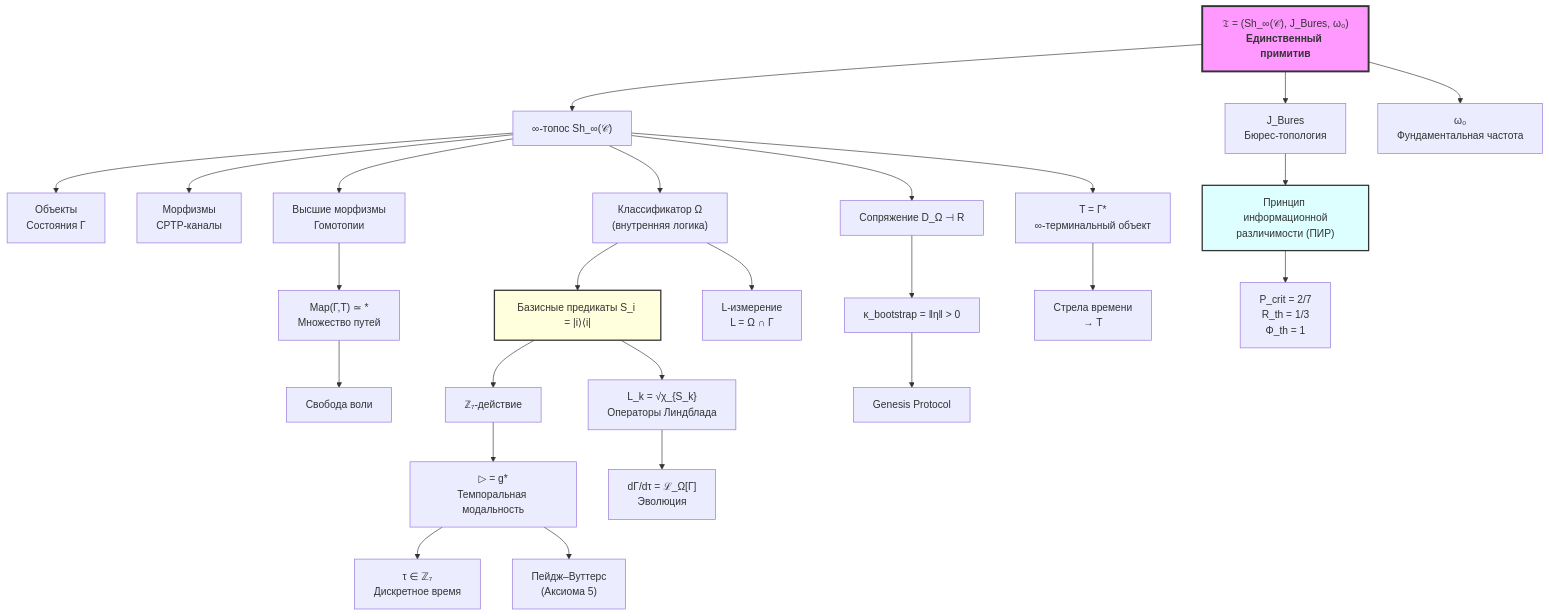
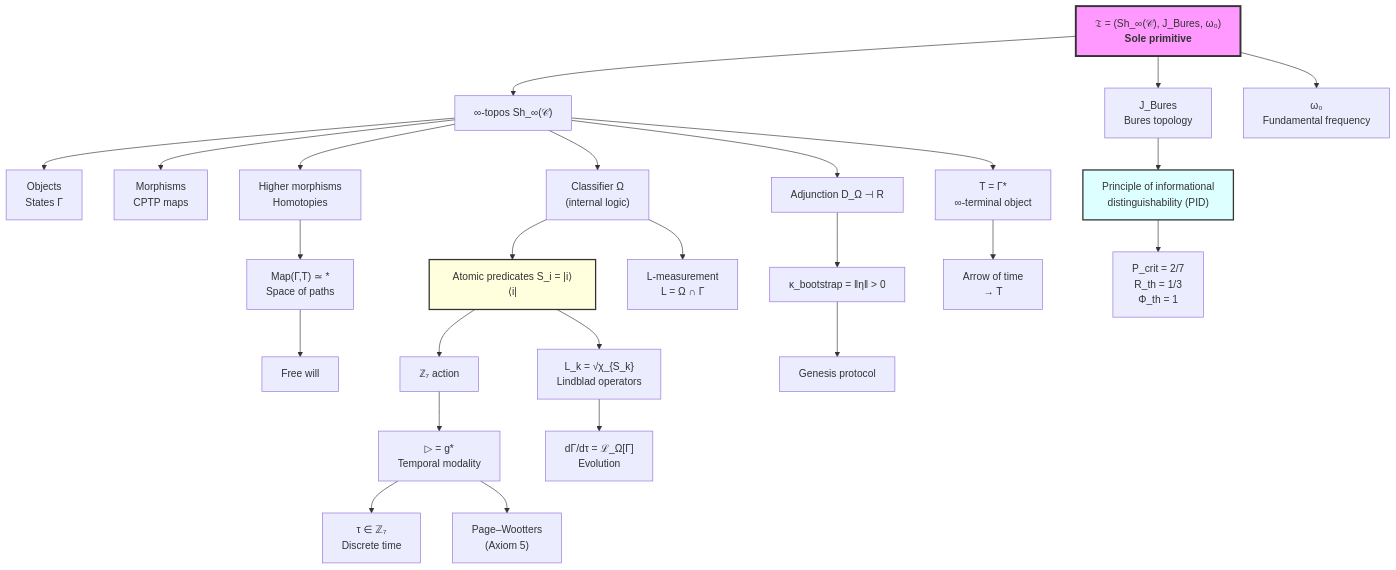
Before and after one commit to gst-st/uhm: the second of 2 diagrams in website/docs/core/foundations/axiom-omega.md, drawn with Mermaid. The commit also changed other lines of this file and 3 other files, not shown here.

````diff
--- a/website/docs/core/foundations/axiom-omega.md
+++ b/website/docs/core/foundations/axiom-omega.md
@@ -1323,40 +1321,40 @@
 ```mermaid
 graph TD
-    Prim["𝔗 = (Sh_∞(𝒞), J_Bures, ω₀)<br/><b>Единственный примитив</b>"] --> T["∞-топос Sh_∞(𝒞)"]
-    Prim --> Bures["J_Bures<br/>Бюрес-топология"]
-    Prim --> Omega0["ω₀<br/>Фундаментальная частота"]
+    Prim["𝔗 = (Sh_∞(𝒞), J_Bures, ω₀)<br/><b>Sole primitive</b>"] --> T["∞-topos Sh_∞(𝒞)"]
+    Prim --> Bures["J_Bures<br/>Bures topology"]
+    Prim --> Omega0["ω₀<br/>Fundamental frequency"]
 
-    T --> Ob["Объекты<br/>Состояния Γ"]
-    T --> Mor["Морфизмы<br/>CPTP-каналы"]
-    T --> Higher["Высшие морфизмы<br/>Гомотопии"]
-    T --> Omega["Классификатор Ω<br/>(внутренняя логика)"]
+    T --> Ob["Objects<br/>States Γ"]
+    T --> Mor["Morphisms<br/>CPTP maps"]
+    T --> Higher["Higher morphisms<br/>Homotopies"]
+    T --> Omega["Classifier Ω<br/>(internal logic)"]
 
-    Omega --> Atoms["Базисные предикаты S_i = |i⟩⟨i|"]
-    Atoms --> Z7["ℤ₇-действие"]
-    Z7 --> Modal["▷ = g*<br/>Темпоральная модальность"]
+    Omega --> Atoms["Atomic predicates S_i = |i⟩⟨i|"]
+    Atoms --> Z7["ℤ₇ action"]
+    Z7 --> Modal["▷ = g*<br/>Temporal modality"]
 
-    Omega --> L["L-измерение<br/>L = Ω ∩ Γ"]
-    Atoms --> Lk["L_k = √χ_{S_k}<br/>Операторы Линдблада"]
+    Omega --> L["L-measurement<br/>L = Ω ∩ Γ"]
+    Atoms --> Lk["L_k = √χ_{S_k}<br/>Lindblad operators"]
 
-    T --> Adj["Сопряжение D_Ω ⊣ R"]
+    T --> Adj["Adjunction D_Ω ⊣ R"]
     Adj --> Kboot["κ_bootstrap = ‖η‖ > 0"]
 
-    Bures --> PIR["Принцип информационной<br/>различимости (ПИР)"]
+    Bures --> PIR["Principle of informational<br/>distinguishability (PID)"]
     PIR --> Thresholds["P_crit = 2/7<br/>R_th = 1/3<br/>Φ_th = 1"]
 
-    Modal --> tau["τ ∈ ℤ₇<br/>Дискретное время"]
-    Modal --> PW["Пейдж–Вуттерс<br/>(Аксиома 5)"]
+    Modal --> tau["τ ∈ ℤ₇<br/>Discrete time"]
+    Modal --> PW["Page–Wootters<br/>(Axiom 5)"]
 
-    Lk --> Evol["dΓ/dτ = ℒ_Ω[Γ]<br/>Эволюция"]
+    Lk --> Evol["dΓ/dτ = ℒ_Ω[Γ]<br/>Evolution"]
 
-    T --> Term["T = Γ*<br/>∞-терминальный объект"]
-    Term --> Arrow["Стрела времени<br/>→ T"]
-    Higher --> Freedom["Map(Γ,T) ≃ *<br/>Множество путей"]
-    Freedom --> Will["Свобода воли"]
+    T --> Term["T = Γ*<br/>∞-terminal object"]
+    Term --> Arrow["Arrow of time<br/>→ T"]
+    Higher --> Freedom["Map(Γ,T) ≃ *<br/>Space of paths"]
+    Freedom --> Will["Free will"]
 
-    Kboot --> Genesis["Genesis Protocol"]
+    Kboot --> Genesis["Genesis protocol"]
 
     style Prim fill:#f9f,stroke:#333,stroke-width:3px
     style Atoms fill:#ffd,stroke:#333,stroke-width:2px
     style PIR fill:#dff,stroke:#333,stroke-width:2px
 ```
````
